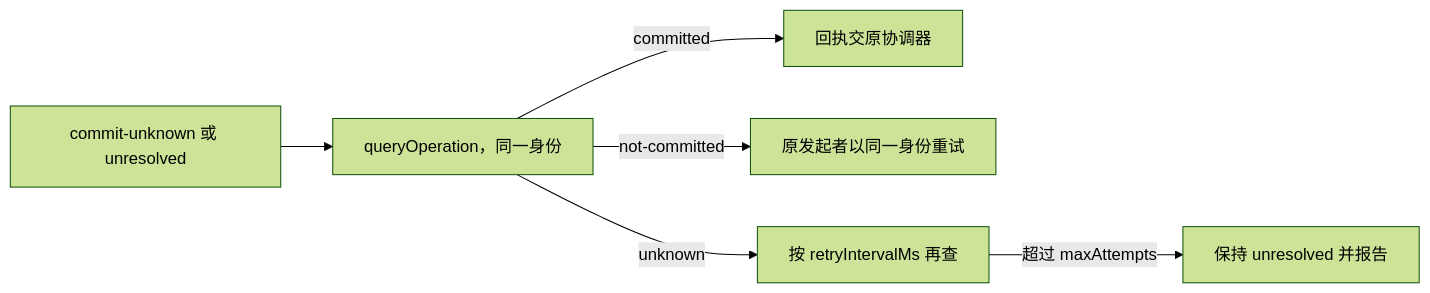
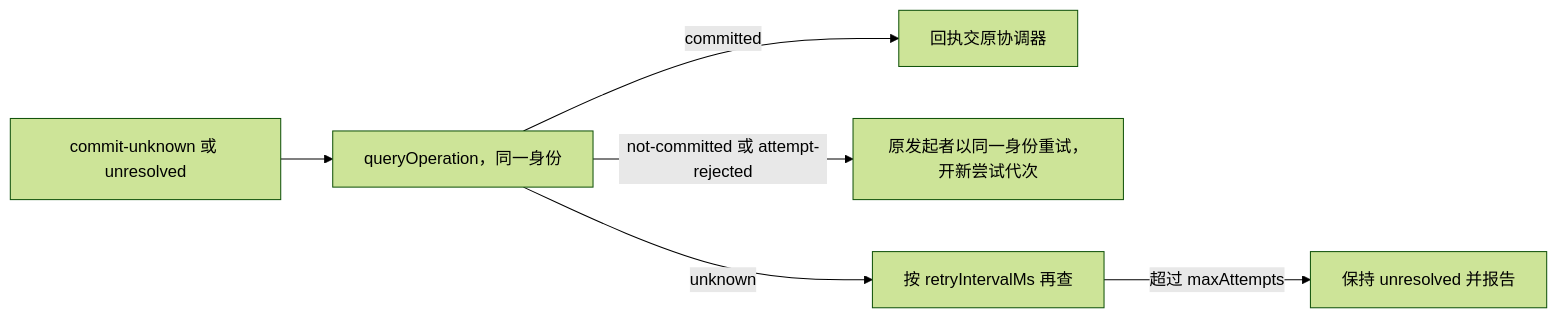
Before and after one commit to nemori-ai/omne-harness-lite: diagram 15 of 17 in packages/session/session/docs/flows.md, drawn with Mermaid (forest theme). The commit also changed other lines of this file and 25 other files, not shown here.

````diff
--- a/packages/session/session/docs/flows.md
+++ b/packages/session/session/docs/flows.md
@@ -376,8 +384,8 @@
 ```mermaid
 flowchart LR
     U[commit-unknown 或 unresolved] --> Q[queryOperation，同一身份]
     Q -->|committed| O[回执交原协调器]
-    Q -->|not-committed| F[原发起者以同一身份重试]
+    Q -->|not-committed 或 attempt-rejected| F[原发起者以同一身份重试，开新尝试代次]
     Q -->|unknown| W[按 retryIntervalMs 再查]
     W -->|超过 maxAttempts| Rep[保持 unresolved 并报告]
 ```
````
